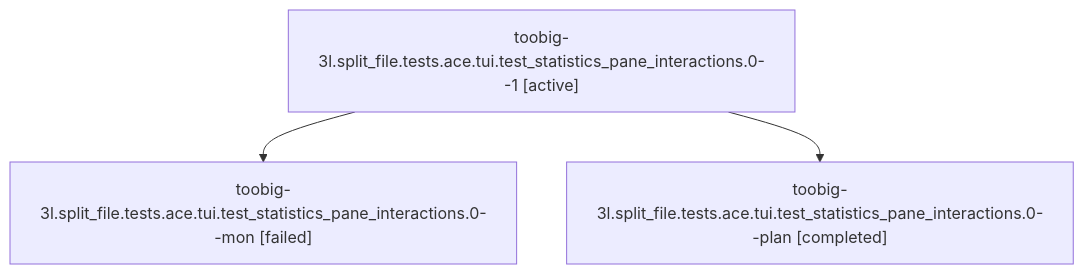
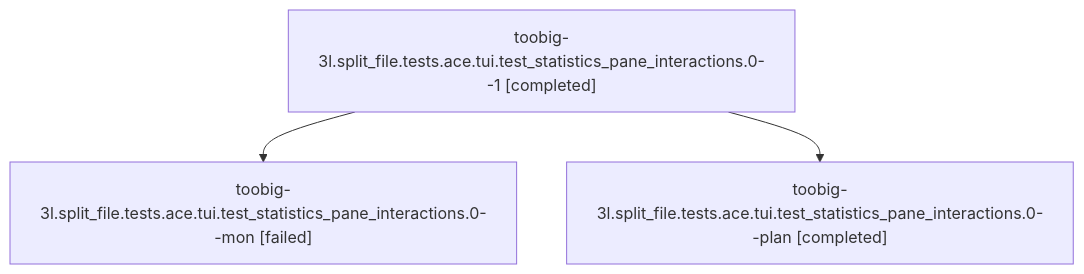
Before and after one commit to sase-org/sase--agents: the diagram in families/bbugyi200.athena.toobig-3l.split_file.tests.ace.tui.test_statistics_pane_interactions.0.md, drawn with Mermaid. The commit also changed other lines of this file and 79 other files, not shown here.

````diff
--- a/families/bbugyi200.athena.toobig-3l.split_file.tests.ace.tui.test_statistics_pane_interactions.0.md
+++ b/families/bbugyi200.athena.toobig-3l.split_file.tests.ace.tui.test_statistics_pane_interactions.0.md
@@ -9,8 +9,8 @@
 ```mermaid
 flowchart TD
-  n0["toobig-3l.split_file.tests.ace.tui.test_statistics_pane_interactions.0--1 [active]"]
+  n0["toobig-3l.split_file.tests.ace.tui.test_statistics_pane_interactions.0--1 [completed]"]
   n1["toobig-3l.split_file.tests.ace.tui.test_statistics_pane_interactions.0--mon [failed]"]
   n0 --> n1
   n2["toobig-3l.split_file.tests.ace.tui.test_statistics_pane_interactions.0--plan [completed]"]
   n0 --> n2
 ```
````
